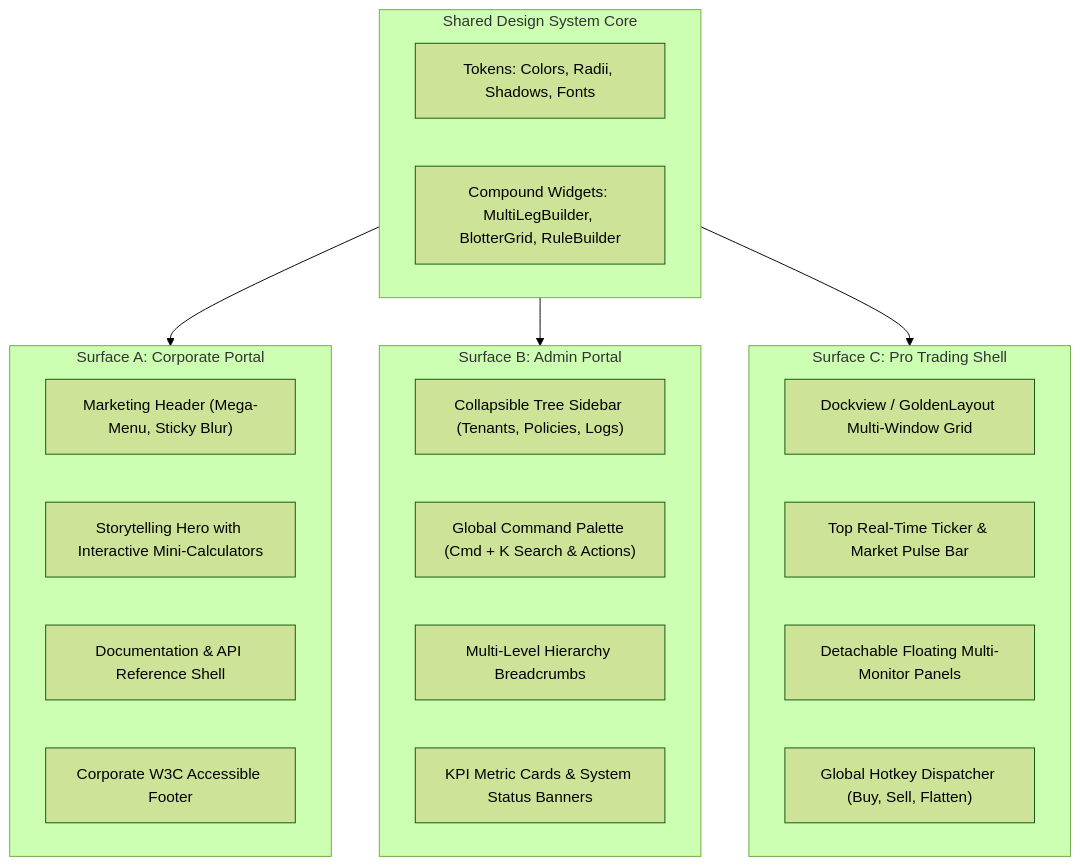
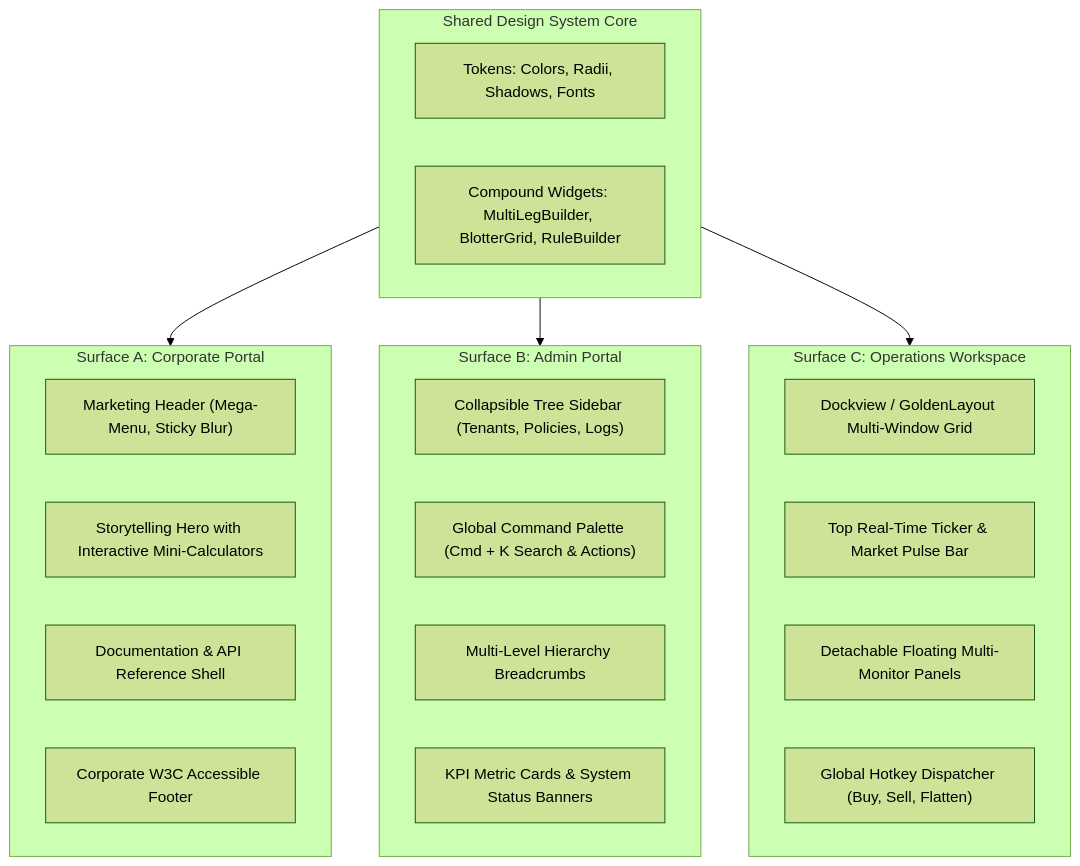
One commit to lakhwindersingh/nb_fairyfly changed the second of 4 diagrams in .nb/plan/master/enterprise-ui-design-system/detailed.md. Above: the diagram before and after it, drawn with Mermaid (forest theme). The commit also changed other lines of this file and 25 other files, not shown here.

````diff
--- a/.nb/plan/master/enterprise-ui-design-system/detailed.md
+++ b/.nb/plan/master/enterprise-ui-design-system/detailed.md
@@ -276,32 +276,32 @@
 ```mermaid
 graph TD
   subgraph SharedCore["Shared Design System Core"]
     Tokens["Tokens: Colors, Radii, Shadows, Fonts"]
     Widgets["Compound Widgets: MultiLegBuilder, BlotterGrid, RuleBuilder"]
   end
 
   subgraph CorporateLayout["Surface A: Corporate Portal"]
     CorpNav["Marketing Header (Mega-Menu, Sticky Blur)"]
     Herobanner["Storytelling Hero with Interactive Mini-Calculators"]
     DocLayout["Documentation & API Reference Shell"]
     Footer["Corporate W3C Accessible Footer"]
   end
 
   subgraph AdminLayout["Surface B: Admin Portal"]
     AdminSidebar["Collapsible Tree Sidebar (Tenants, Policies, Logs)"]
     CmdPalette["Global Command Palette (Cmd + K Search & Actions)"]
     Breadcrumbs["Multi-Level Hierarchy Breadcrumbs"]
     AdminMetrics["KPI Metric Cards & System Status Banners"]
   end
 
-  subgraph TradingLayout["Surface C: Pro Trading Shell"]
+  subgraph OperationsLayout["Surface C: Operations Workspace"]
     DockPanes["Dockview / GoldenLayout Multi-Window Grid"]
     TickerStrip["Top Real-Time Ticker & Market Pulse Bar"]
     Detachable["Detachable Floating Multi-Monitor Panels"]
     HotkeyManager["Global Hotkey Dispatcher (Buy, Sell, Flatten)"]
   end
 
   SharedCore --> CorporateLayout
   SharedCore --> AdminLayout
-  SharedCore --> TradingLayout
+  SharedCore --> OperationsLayout
 ```
````
